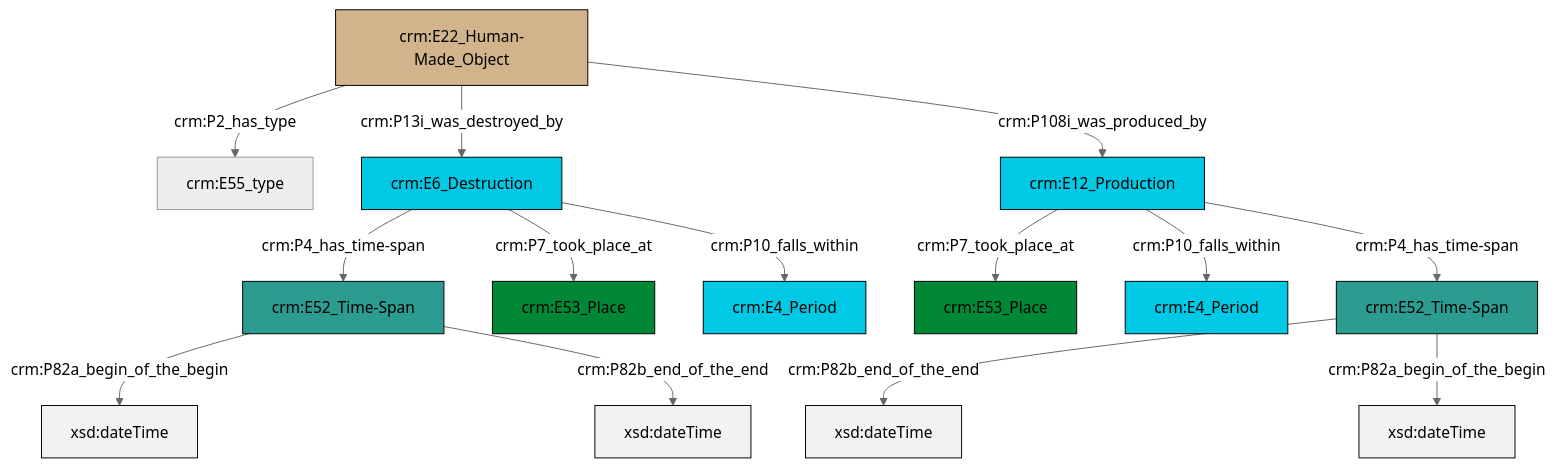
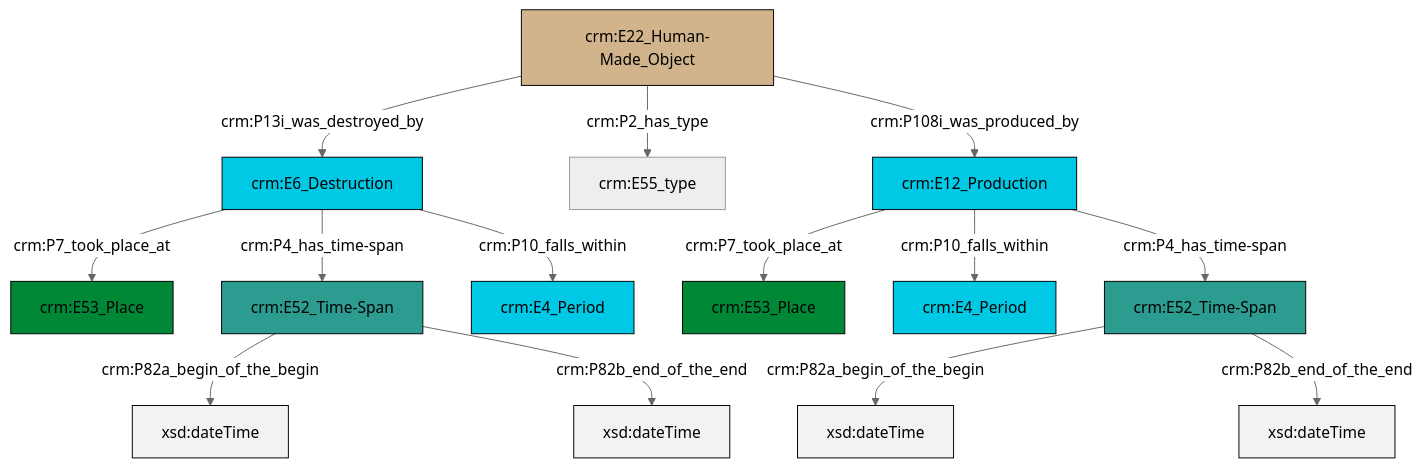
One commit to swiss-art-research-net/docs.swissartresearch changed the diagram in et/artworkCSV/ttl/mmd/Artwork_Existence.ttl.mmd. Above: the diagram before and after it, drawn with Mermaid (neutral theme). The commit also changed 179 other files, not shown here.

```diff
--- a/et/artworkCSV/ttl/mmd/Artwork_Existence.ttl.mmd
+++ b/et/artworkCSV/ttl/mmd/Artwork_Existence.ttl.mmd
@@ -1,28 +1,28 @@
 graph TD
 classDef Literal fill:#f2f2f2,stroke:#000000;
 classDef CRM_Entity fill:#FFFFFF,stroke:#000000;
 classDef Temporal_Entity fill:#00C9E6, stroke:#000000;
 classDef Type fill:#E18312, stroke:#000000;
 classDef Time-Span fill:#2C9C91, stroke:#000000;
 classDef Appellation fill:#FFEB7F, stroke:#000000;
 classDef Place fill:#008836, stroke:#000000;
 classDef Persistent_Item fill:#B266B2, stroke:#000000;
 classDef Conceptual_Object fill:#FFD700, stroke:#000000;
 classDef Physical_Thing fill:#D2B48C, stroke:#000000;
 classDef Actor fill:#f58aad, stroke:#000000;
 classDef PC_Classes fill:#4ce600, stroke:#000000;
 classDef Multi fill:#cccccc,stroke:#000000;
 
-0["crm:E6_Destruction"]:::Temporal_Entity -->|crm:P4_has_time-span| 1["crm:E52_Time-Span"]:::Time-Span
-6["crm:E52_Time-Span"]:::Time-Span -->|crm:P82b_end_of_the_end| 7[xsd:dateTime]:::Literal
-8["crm:E22_Human-Made_Object"]:::Physical_Thing -->|crm:P2_has_type| 9["crm:E55_type"]:::Default
-1["crm:E52_Time-Span"]:::Time-Span -->|crm:P82a_begin_of_the_begin| 10[xsd:dateTime]:::Literal
-8["crm:E22_Human-Made_Object"]:::Physical_Thing -->|crm:P13i_was_destroyed_by| 0["crm:E6_Destruction"]:::Temporal_Entity
-4["crm:E12_Production"]:::Temporal_Entity -->|crm:P7_took_place_at| 14["crm:E53_Place"]:::Place
-4["crm:E12_Production"]:::Temporal_Entity -->|crm:P10_falls_within| 16["crm:E4_Period"]:::Temporal_Entity
-0["crm:E6_Destruction"]:::Temporal_Entity -->|crm:P7_took_place_at| 12["crm:E53_Place"]:::Place
-4["crm:E12_Production"]:::Temporal_Entity -->|crm:P4_has_time-span| 6["crm:E52_Time-Span"]:::Time-Span
-8["crm:E22_Human-Made_Object"]:::Physical_Thing -->|crm:P108i_was_produced_by| 4["crm:E12_Production"]:::Temporal_Entity
-0["crm:E6_Destruction"]:::Temporal_Entity -->|crm:P10_falls_within| 2["crm:E4_Period"]:::Temporal_Entity
-6["crm:E52_Time-Span"]:::Time-Span -->|crm:P82a_begin_of_the_begin| 21[xsd:dateTime]:::Literal
-1["crm:E52_Time-Span"]:::Time-Span -->|crm:P82b_end_of_the_end| 23[xsd:dateTime]:::Literal
+4["crm:E22_Human-Made_Object"]:::Physical_Thing -->|crm:P13i_was_destroyed_by| 5["crm:E6_Destruction"]:::Temporal_Entity
+4["crm:E22_Human-Made_Object"]:::Physical_Thing -->|crm:P2_has_type| 6["crm:E55_type"]:::Default
+5["crm:E6_Destruction"]:::Temporal_Entity -->|crm:P10_falls_within| 8["crm:E4_Period"]:::Temporal_Entity
+2["crm:E52_Time-Span"]:::Time-Span -->|crm:P82a_begin_of_the_begin| 9[xsd:dateTime]:::Literal
+5["crm:E6_Destruction"]:::Temporal_Entity -->|crm:P7_took_place_at| 0["crm:E53_Place"]:::Place
+2["crm:E52_Time-Span"]:::Time-Span -->|crm:P82b_end_of_the_end| 13[xsd:dateTime]:::Literal
+14["crm:E12_Production"]:::Temporal_Entity -->|crm:P10_falls_within| 15["crm:E4_Period"]:::Temporal_Entity
+17["crm:E52_Time-Span"]:::Time-Span -->|crm:P82a_begin_of_the_begin| 18[xsd:dateTime]:::Literal
+14["crm:E12_Production"]:::Temporal_Entity -->|crm:P4_has_time-span| 2["crm:E52_Time-Span"]:::Time-Span
+17["crm:E52_Time-Span"]:::Time-Span -->|crm:P82b_end_of_the_end| 21[xsd:dateTime]:::Literal
+14["crm:E12_Production"]:::Temporal_Entity -->|crm:P7_took_place_at| 10["crm:E53_Place"]:::Place
+5["crm:E6_Destruction"]:::Temporal_Entity -->|crm:P4_has_time-span| 17["crm:E52_Time-Span"]:::Time-Span
+4["crm:E22_Human-Made_Object"]:::Physical_Thing -->|crm:P108i_was_produced_by| 14["crm:E12_Production"]:::Temporal_Entity
```
